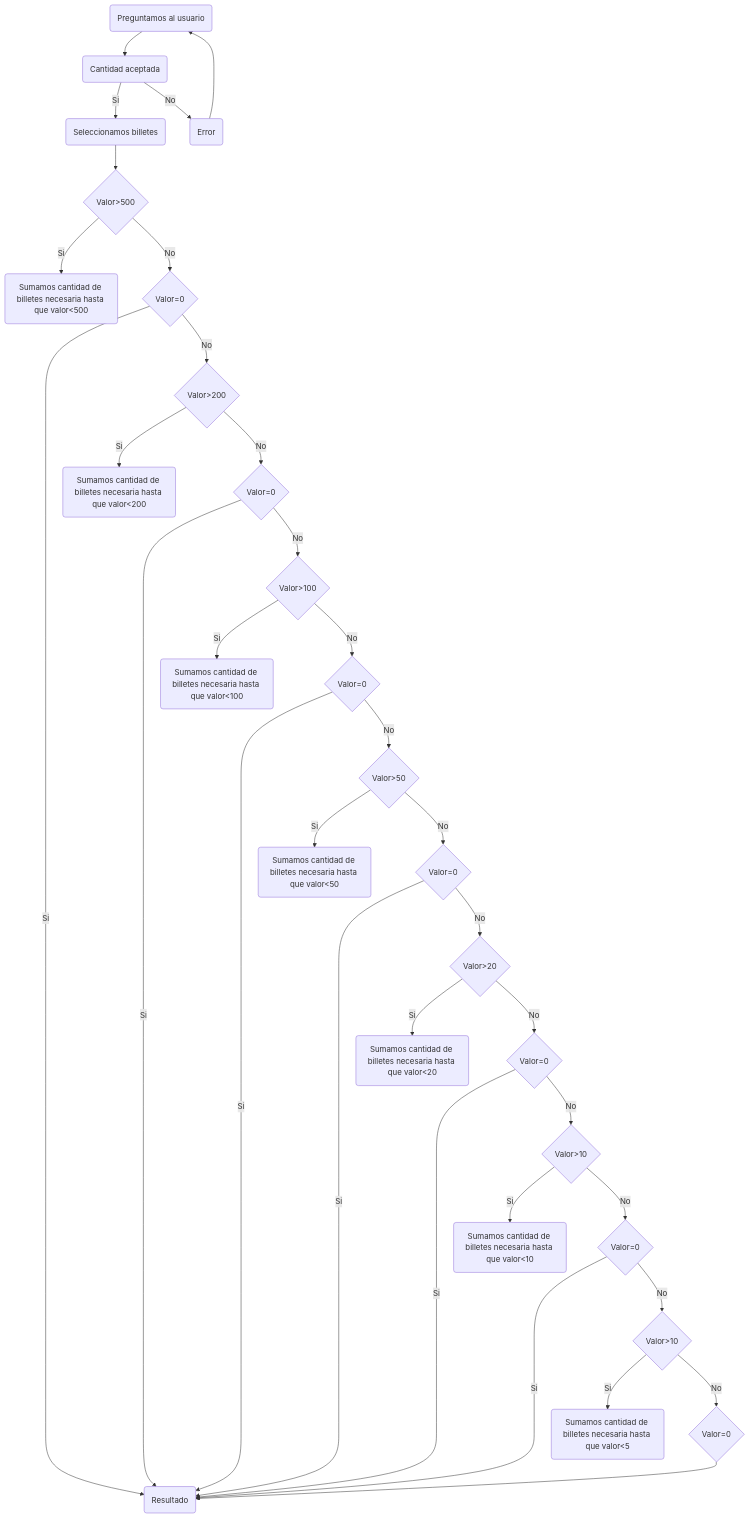
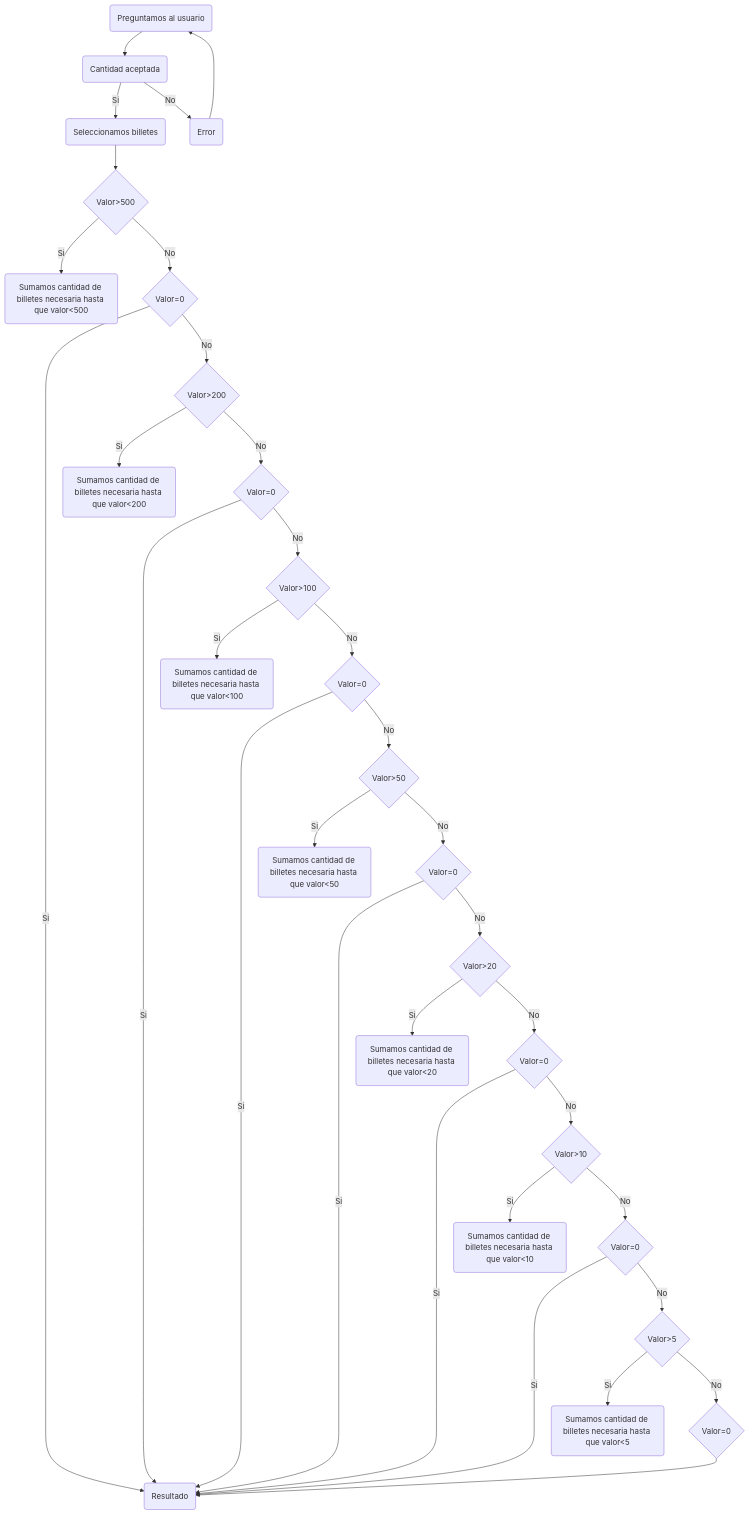
Before and after one commit to PachecoASIR/Diagramas: the first of 2 diagrams in README.md, drawn with Mermaid.

````diff
--- a/README.md
+++ b/README.md
@@ -9,35 +9,35 @@
 ```mermaid
 graph TD
     A(Preguntamos al usuario) -->B(Cantidad aceptada)
     B -->|Si| C(Seleccionamos billetes)
     B -->|No| D(Error)
     D --> A
     C --> E{Valor>500}
     E -->|Si| F(Sumamos cantidad de billetes necesaria hasta que valor<500)
     E -->|No| G{Valor=0}
     G -->|Si| Z(Resultado)
     G -->|No| H{Valor>200}
     H -->|Si| I(Sumamos cantidad de billetes necesaria hasta que valor<200)
     H -->|No| J{Valor=0}
     J -->|Si| Z(Resultado)
     J -->|No| K{Valor>100}
     K -->|Si| L(Sumamos cantidad de billetes necesaria hasta que valor<100)
     K -->|No| M{Valor=0}
     M -->|Si| Z(Resultado)
     M -->|No| N{Valor>50}
     N -->|Si| Ñ(Sumamos cantidad de billetes necesaria hasta que valor<50)
     N -->|No| O{Valor=0}
     O -->|Si| Z(Resultado)
     O -->|No| P{Valor>20}
     P -->|Si| Q(Sumamos cantidad de billetes necesaria hasta que valor<20)
     P -->|No| R{Valor=0}
     R -->|Si| Z(Resultado)
     R -->|No| S{Valor>10}
     S -->|Si| T(Sumamos cantidad de billetes necesaria hasta que valor<10)
     S -->|No| U{Valor=0}
     U -->|Si| Z(Resultado)
-    U -->|No| V{Valor>10}
+    U -->|No| V{Valor>5}
     V -->|Si| W(Sumamos cantidad de billetes necesaria hasta que valor<5)
     V -->|No| X{Valor=0}
     X --> Z(Resultado)
 ```
````
